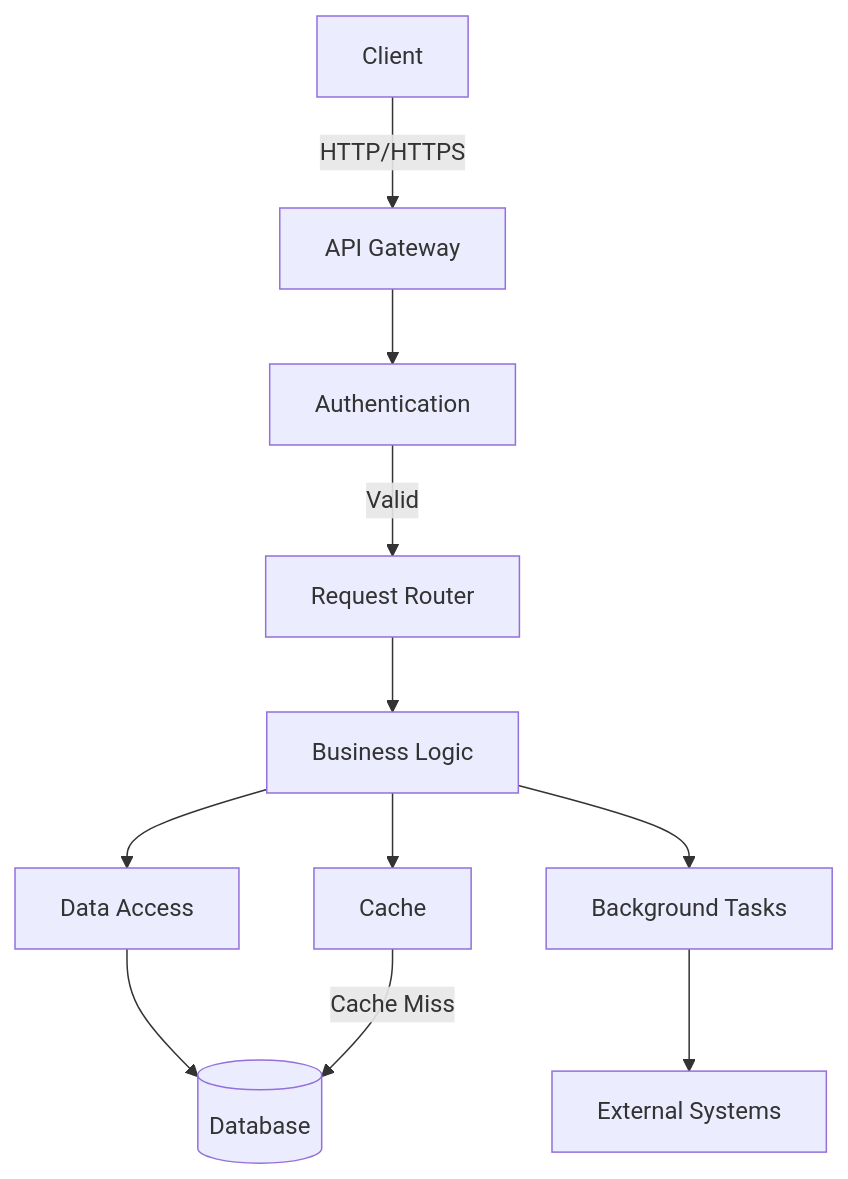
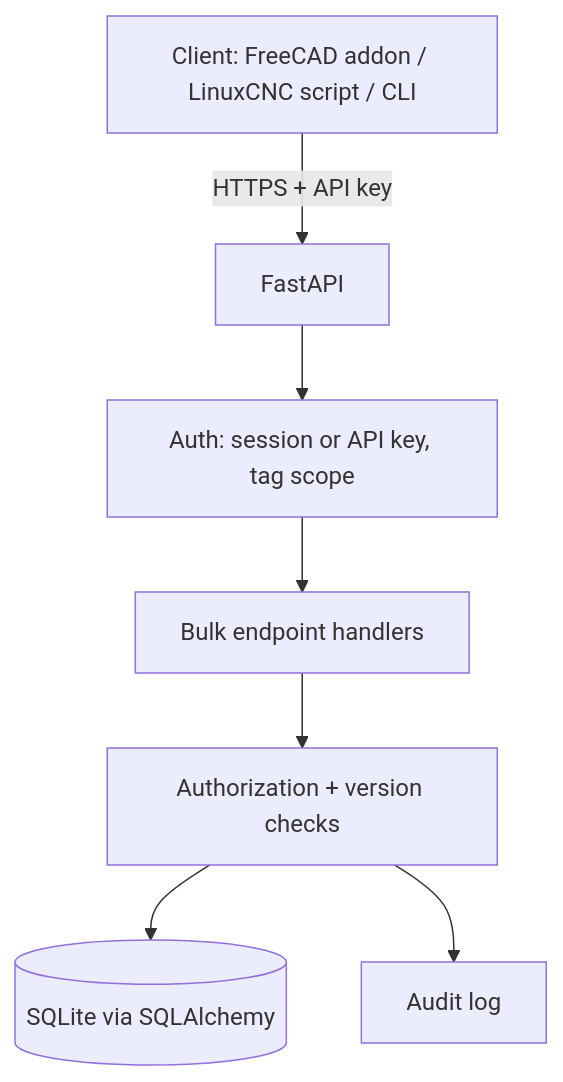
One commit to loobric/smooth-core changed the diagram in docs/ARCHITECTURE.md. Above: the diagram before and after it, drawn with Mermaid. The commit also changed other lines of this file and 2 other files, not shown here.

First line of the commit message:
Docs truth pass: claim only what runs; add ROADMAP.md

````diff
--- a/docs/ARCHITECTURE.md
+++ b/docs/ARCHITECTURE.md
@@ -34,13 +40,9 @@
 ```mermaid
 graph TD
-    A[Client] -->|HTTP/HTTPS| B[API Gateway]
-    B --> C[Authentication]
-    C -->|Valid| D[Request Router]
-    D --> E[Business Logic]
-    E --> F[Data Access]
-    F --> G[(Database)]
-    E --> H[Cache]
-    H -->|Cache Miss| G
-    E --> I[Background Tasks]
-    I --> J[External Systems]
+    A[Client: FreeCAD addon / LinuxCNC script / CLI] -->|HTTPS + API key| B[FastAPI]
+    B --> C[Auth: session or API key, tag scope]
+    C --> D[Bulk endpoint handlers]
+    D --> E[Authorization + version checks]
+    E --> F[(SQLite via SQLAlchemy)]
+    E --> G[Audit log]
 ```
````
